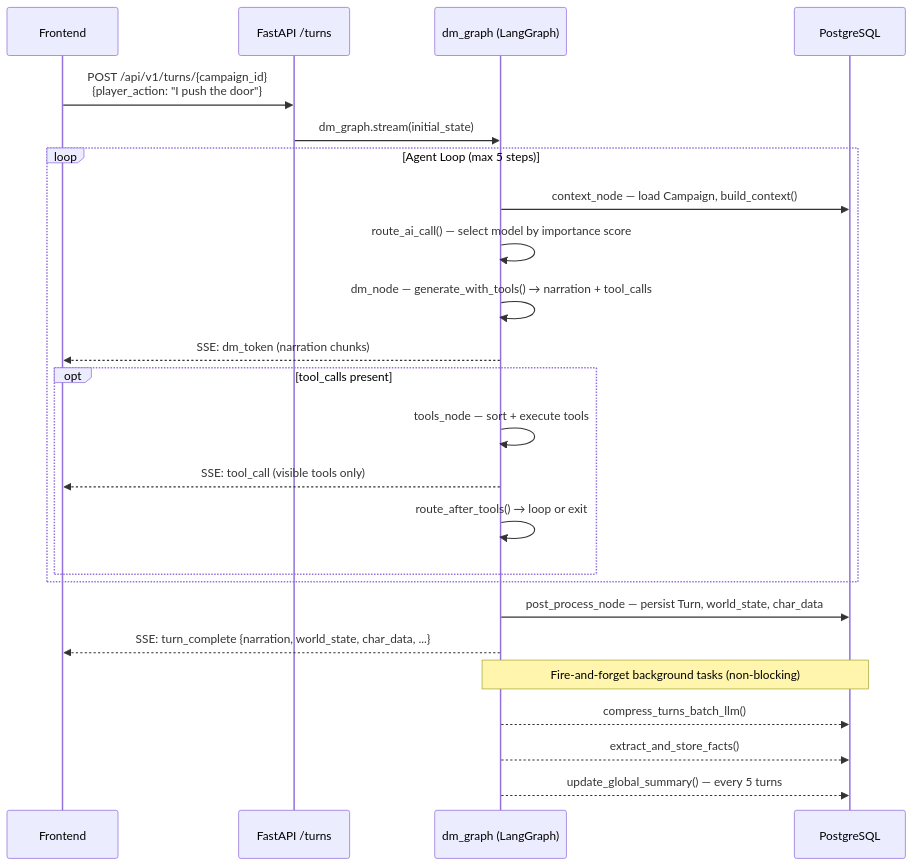
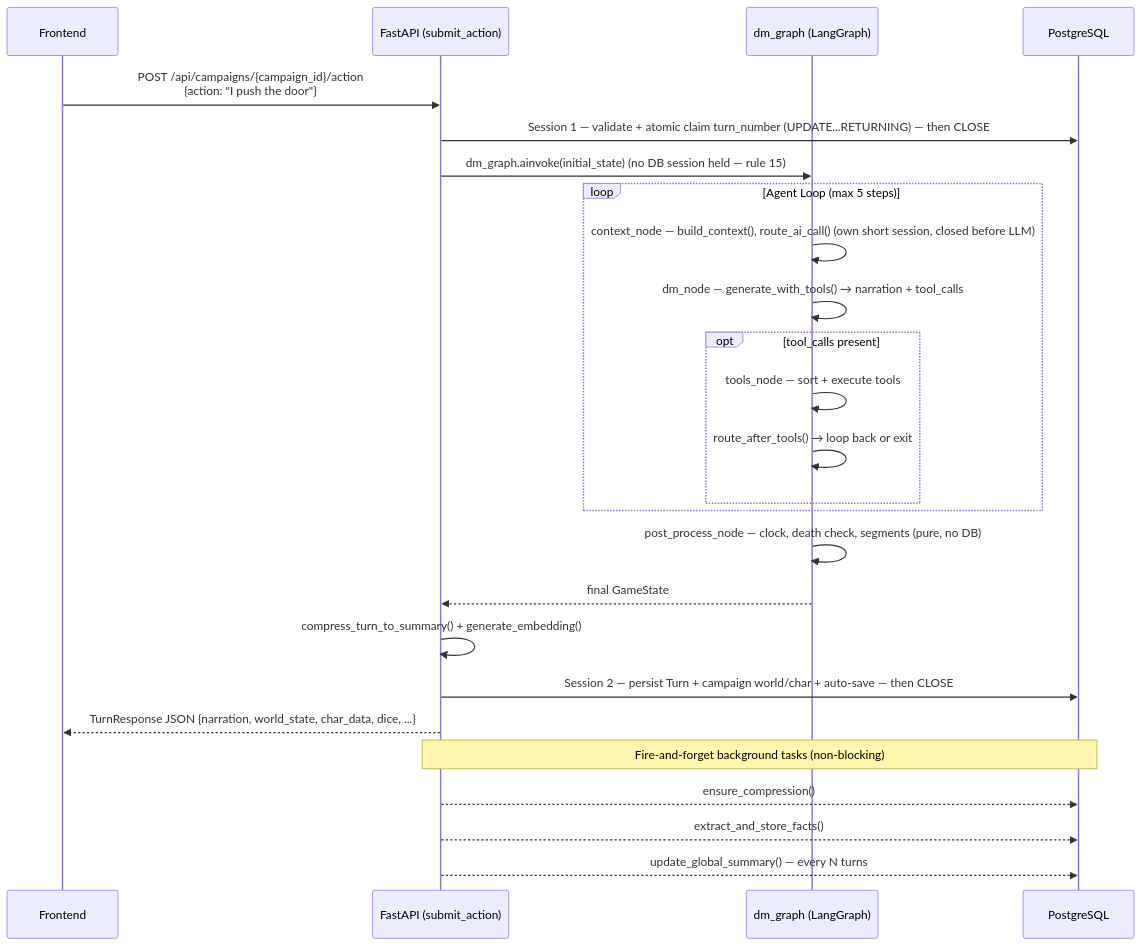
Before and after one commit to tommasomattarelli/saga: the first of 7 diagrams in docs/AGENTIC_ARCHITECTURE.md, drawn with Mermaid. The commit also changed other lines of this file and 2 other files, not shown here.

Commit message:
docs(docs): sync README and architecture with post-refactor state

````diff
--- a/docs/AGENTIC_ARCHITECTURE.md
+++ b/docs/AGENTIC_ARCHITECTURE.md
@@ -11,30 +11,31 @@
 ```mermaid
 sequenceDiagram
     participant F as Frontend
-    participant A as FastAPI /turns
+    participant A as FastAPI (submit_action)
     participant G as dm_graph (LangGraph)
     participant DB as PostgreSQL
 
-    F->>A: POST /api/v1/turns/{campaign_id}<br/>{player_action: "I push the door"}
-    A->>G: dm_graph.stream(initial_state)
+    F->>A: POST /api/campaigns/{campaign_id}/action<br/>{action: "I push the door"}
+    A->>DB: Session 1 — validate + atomic claim turn_number (UPDATE...RETURNING) — then CLOSE
+    A->>G: dm_graph.ainvoke(initial_state)  (no DB session held — rule 15)
 
     loop Agent Loop (max 5 steps)
-        G->>DB: context_node — load Campaign, build_context()
-        G->>G: route_ai_call() — select model by importance score
+        G->>G: context_node — build_context(), route_ai_call() (own short session, closed before LLM)
         G->>G: dm_node — generate_with_tools() → narration + tool_calls
-        G-->>F: SSE: dm_token (narration chunks)
         opt tool_calls present
             G->>G: tools_node — sort + execute tools
-            G-->>F: SSE: tool_call (visible tools only)
-            G->>G: route_after_tools() → loop or exit
+            G->>G: route_after_tools() → loop back or exit
         end
     end
+    G->>G: post_process_node — clock, death check, segments (pure, no DB)
+    G-->>A: final GameState
 
-    G->>DB: post_process_node — persist Turn, world_state, char_data
-    G-->>F: SSE: turn_complete {narration, world_state, char_data, ...}
+    A->>A: compress_turn_to_summary() + generate_embedding()
+    A->>DB: Session 2 — persist Turn + campaign world/char + auto-save — then CLOSE
+    A-->>F: TurnResponse JSON {narration, world_state, char_data, dice, ...}
 
-    Note over G,DB: Fire-and-forget background tasks (non-blocking)
-    G-->>DB: compress_turns_batch_llm()
-    G-->>DB: extract_and_store_facts()
-    G-->>DB: update_global_summary() — every 5 turns
+    Note over A,DB: Fire-and-forget background tasks (non-blocking)
+    A-->>DB: ensure_compression()
+    A-->>DB: extract_and_store_facts()
+    A-->>DB: update_global_summary() — every N turns
 ```
````
